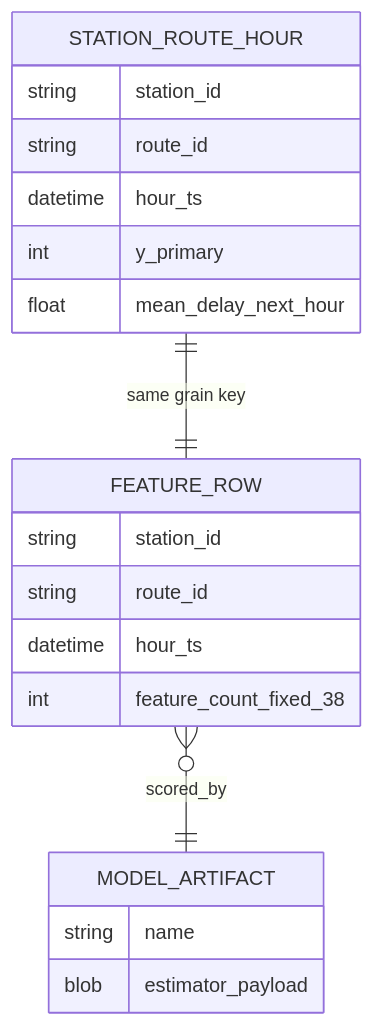
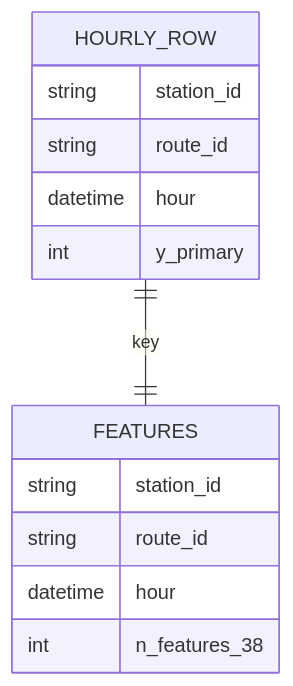
One commit to patel-manav20/TransitRisk-Machine-Learning-Project changed the fourth of 6 diagrams in README.md. Above: the diagram before and after it, drawn with Mermaid. The commit also changed other lines of this file and 2 other files, not shown here.

First line of the commit message:
docs: simplify README with diagrams and dashboard assets folder

````diff
--- a/README.md
+++ b/README.md
@@ -352,22 +256,16 @@
 ```mermaid
 erDiagram
-  STATION_ROUTE_HOUR {
+  HOURLY_ROW {
     string station_id
     string route_id
-    datetime hour_ts
+    datetime hour
     int y_primary
-    float mean_delay_next_hour
   }
-  FEATURE_ROW {
+  FEATURES {
     string station_id
     string route_id
-    datetime hour_ts
-    int feature_count_fixed_38
+    datetime hour
+    int n_features_38
   }
-  MODEL_ARTIFACT {
-    string name
-    blob estimator_payload
-  }
-  STATION_ROUTE_HOUR ||--|| FEATURE_ROW : "same grain key"
-  FEATURE_ROW }o--|| MODEL_ARTIFACT : "scored_by"
+  HOURLY_ROW ||--|| FEATURES : key
 ```
````
